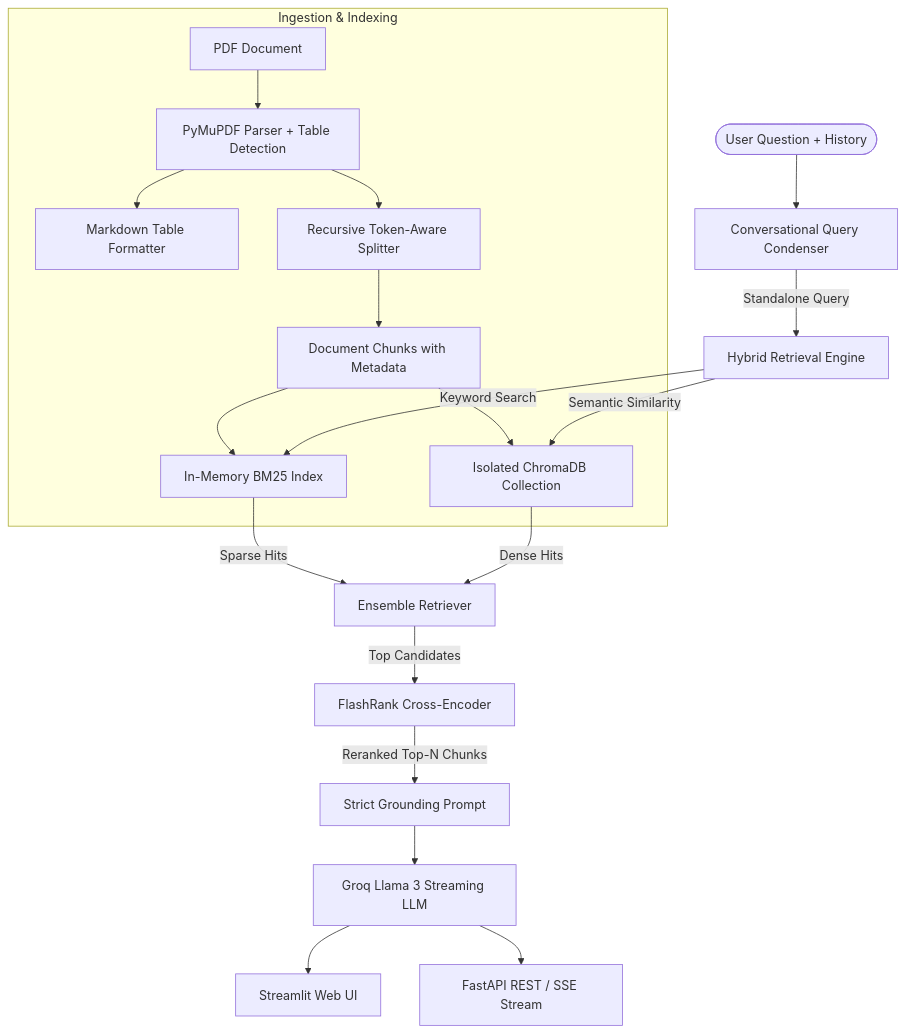
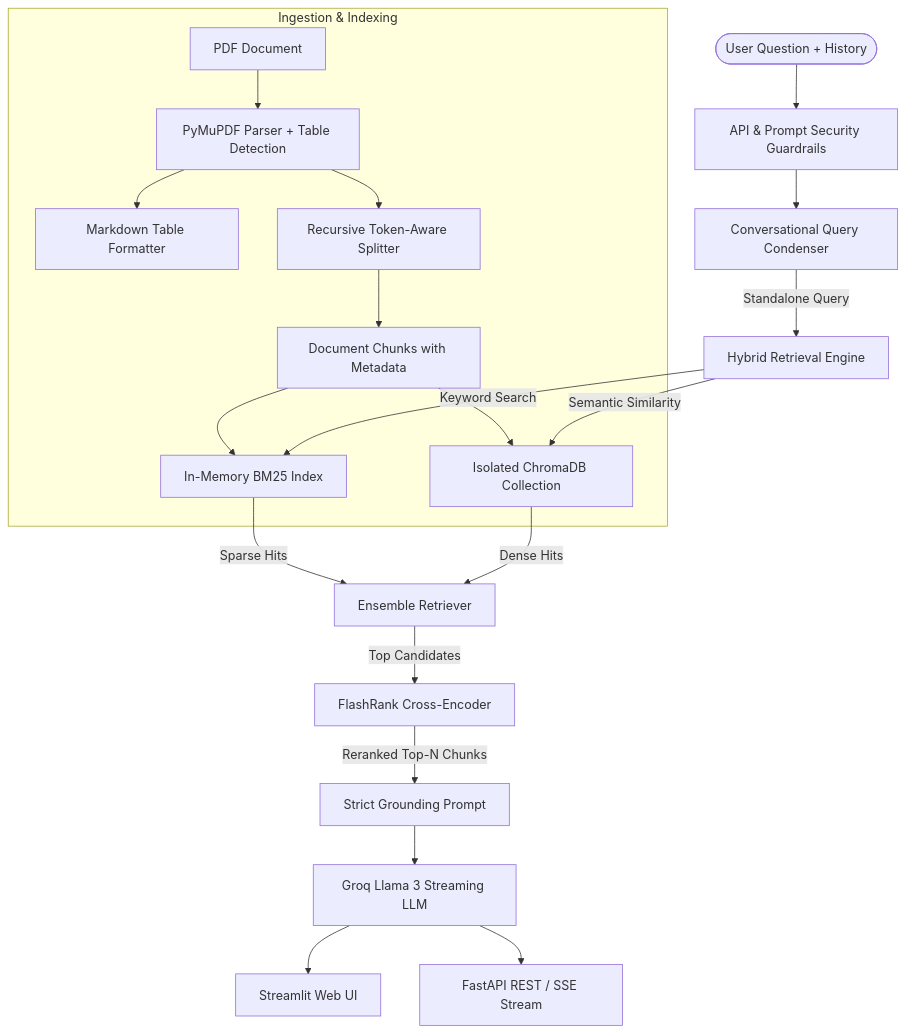
One commit to ShashankS1011/advanced-hybrid-rag changed the diagram in README.md. Above: the diagram before and after it, drawn with Mermaid. The commit also changed other lines of this file and 1 other file, not shown here.

Commit message:
docs(readme): document security guardrails architecture, config parameters, and Streamlit secrets guide

````diff
--- a/README.md
+++ b/README.md
@@ -36,26 +36,27 @@
 ```mermaid
 flowchart TD
-    User([User Question + History]) --> Condenser[Conversational Query Condenser]
+    User([User Question + History]) --> Security[API & Prompt Security Guardrails]
+    Security --> Condenser[Conversational Query Condenser]
     Condenser --> |Standalone Query| Retrieval[Hybrid Retrieval Engine]
     
     subgraph Ingestion [Ingestion & Indexing]
         PDF[PDF Document] --> Parser[PyMuPDF Parser + Table Detection]
         Parser --> Tables[Markdown Table Formatter]
         Parser --> Splitter[Recursive Token-Aware Splitter]
         Splitter --> Chunks[Document Chunks with Metadata]
         Chunks --> BM25Index[In-Memory BM25 Index]
         Chunks --> ChromaDB[Isolated ChromaDB Collection]
     end
 
     Retrieval --> |Keyword Search| BM25Index
     Retrieval --> |Semantic Similarity| ChromaDB
     BM25Index --> |Sparse Hits| Ensemble[Ensemble Retriever]
     ChromaDB --> |Dense Hits| Ensemble
     
     Ensemble --> |Top Candidates| Reranker[FlashRank Cross-Encoder]
     Reranker --> |Reranked Top-N Chunks| Prompt[Strict Grounding Prompt]
     
     Prompt --> LLM[Groq Llama 3 Streaming LLM]
     LLM --> StreamlitUI[Streamlit Web UI]
     LLM --> FastAPIServer[FastAPI REST / SSE Stream]
 ```
````
